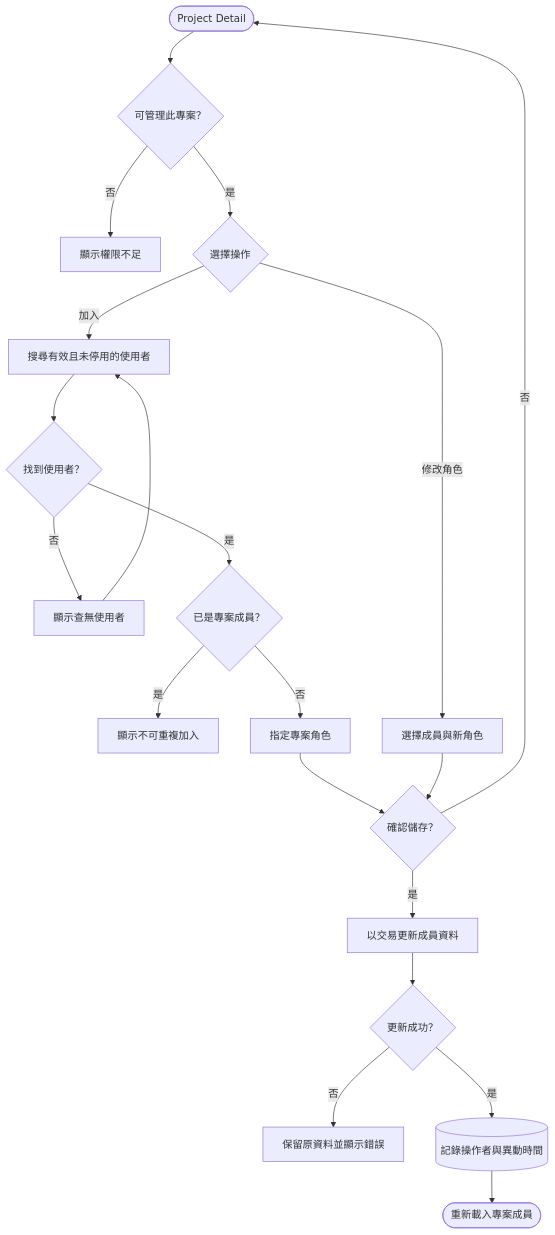
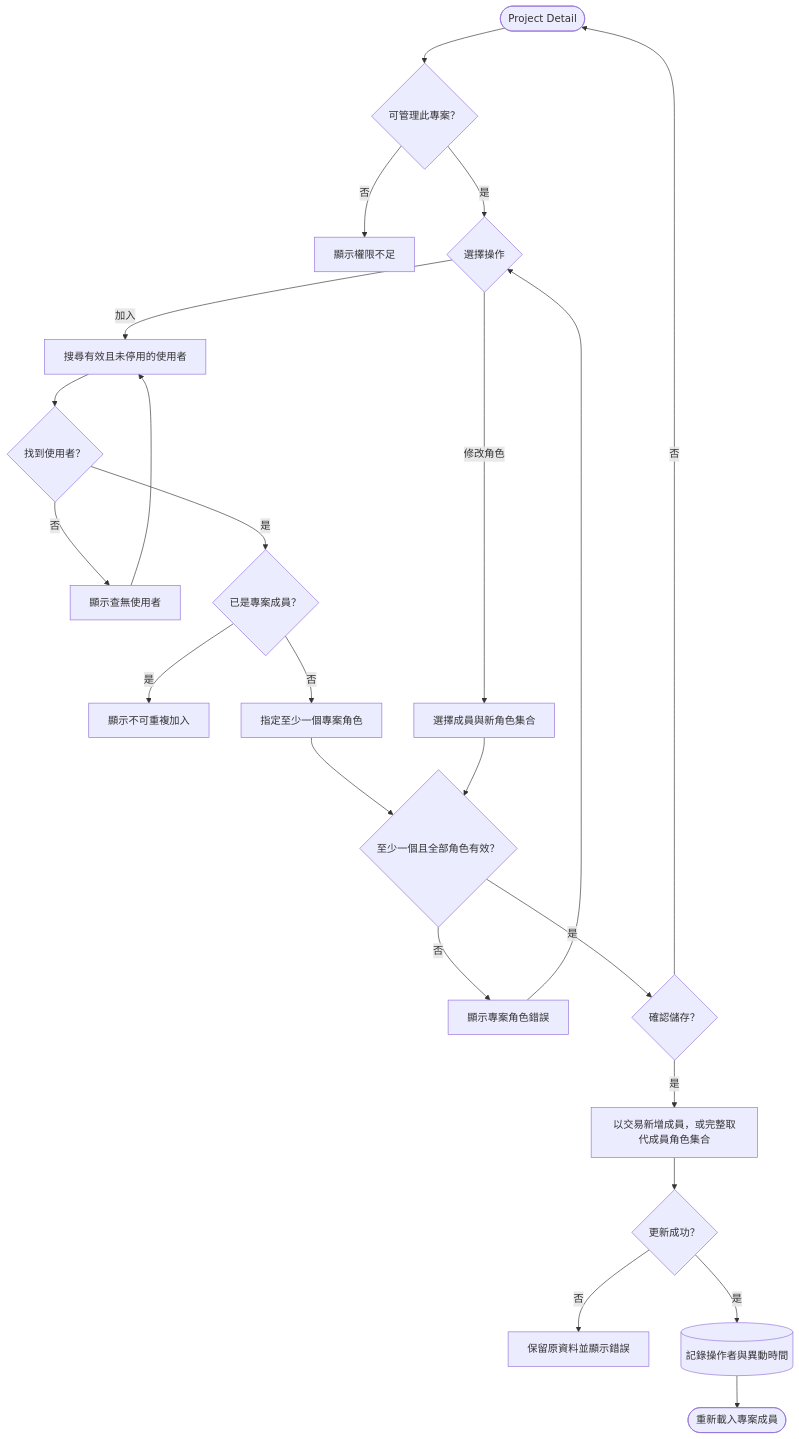
One commit to JJDing-Louis/ProjectManagementWeb_Spec changed the first of 2 diagrams in Flowchart/管理專案成員.md. Above: the diagram before and after it, drawn with Mermaid. The commit also changed other lines of this file and 11 other files, not shown here.

````diff
--- a/Flowchart/管理專案成員.md
+++ b/Flowchart/管理專案成員.md
@@ -5,22 +5,25 @@
 ```mermaid
 flowchart TB
     memberStart([Project Detail]) --> authorizeMember{可管理此專案？}
     authorizeMember -->|否| forbiddenMember[顯示權限不足]
     authorizeMember -->|是| memberAction{選擇操作}
     memberAction -->|加入| searchAccount[搜尋有效且未停用的使用者]
     searchAccount --> accountFound{找到使用者？}
     accountFound -->|否| showNoAccount[顯示查無使用者]
     showNoAccount --> searchAccount
     accountFound -->|是| duplicateMember{已是專案成員？}
     duplicateMember -->|是| showDuplicate[顯示不可重複加入]
-    duplicateMember -->|否| assignProjectRole[指定專案角色]
-    memberAction -->|修改角色| editProjectRole[選擇成員與新角色]
-    assignProjectRole --> saveMember{確認儲存？}
-    editProjectRole --> saveMember
+    duplicateMember -->|否| assignProjectRoles[指定至少一個專案角色]
+    memberAction -->|修改角色| editProjectRoles[選擇成員與新角色集合]
+    assignProjectRoles --> rolesValid{至少一個且全部角色有效？}
+    editProjectRoles --> rolesValid
+    rolesValid -->|否| showRoleError[顯示專案角色錯誤]
+    showRoleError --> memberAction
+    rolesValid -->|是| saveMember{確認儲存？}
     saveMember -->|否| memberStart
-    saveMember -->|是| updateMember[以交易更新成員資料]
+    saveMember -->|是| updateMember[以交易新增成員，或完整取代成員角色集合]
     updateMember --> memberSucceeded{更新成功？}
     memberSucceeded -->|否| retainMemberState[保留原資料並顯示錯誤]
     memberSucceeded -->|是| writeMemberAudit[(記錄操作者與異動時間)]
     writeMemberAudit --> memberFinished([重新載入專案成員])
 ```
````
